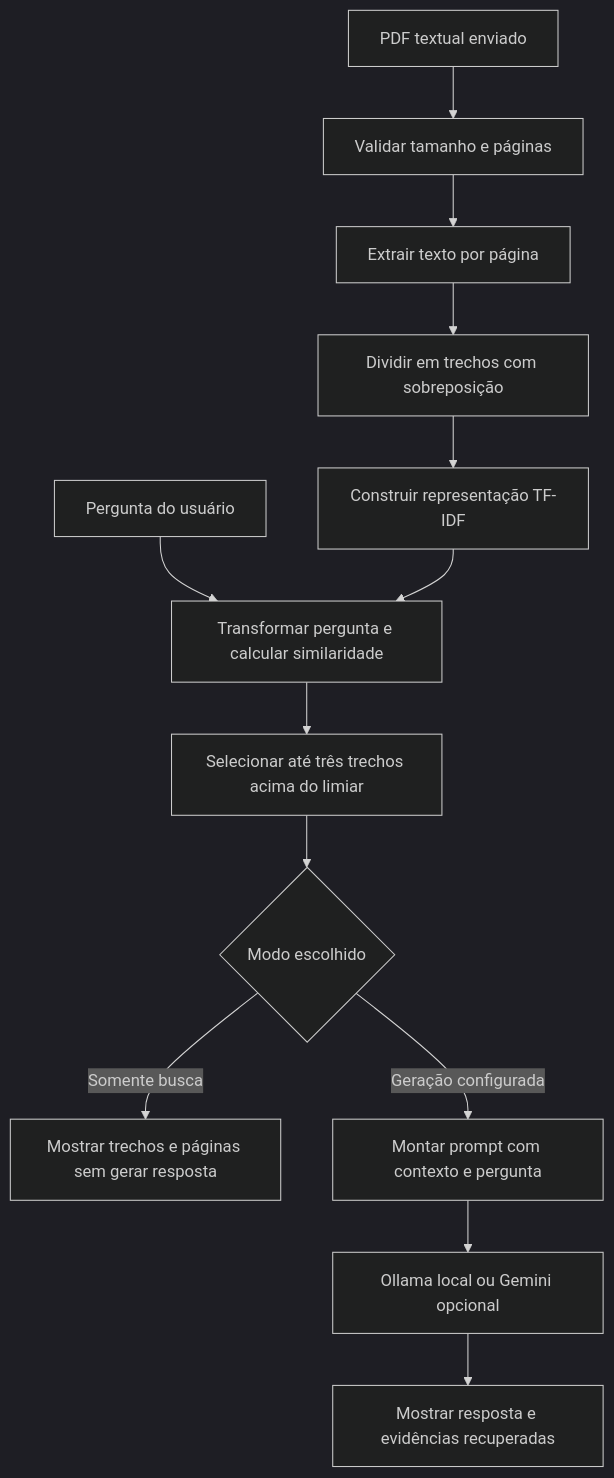
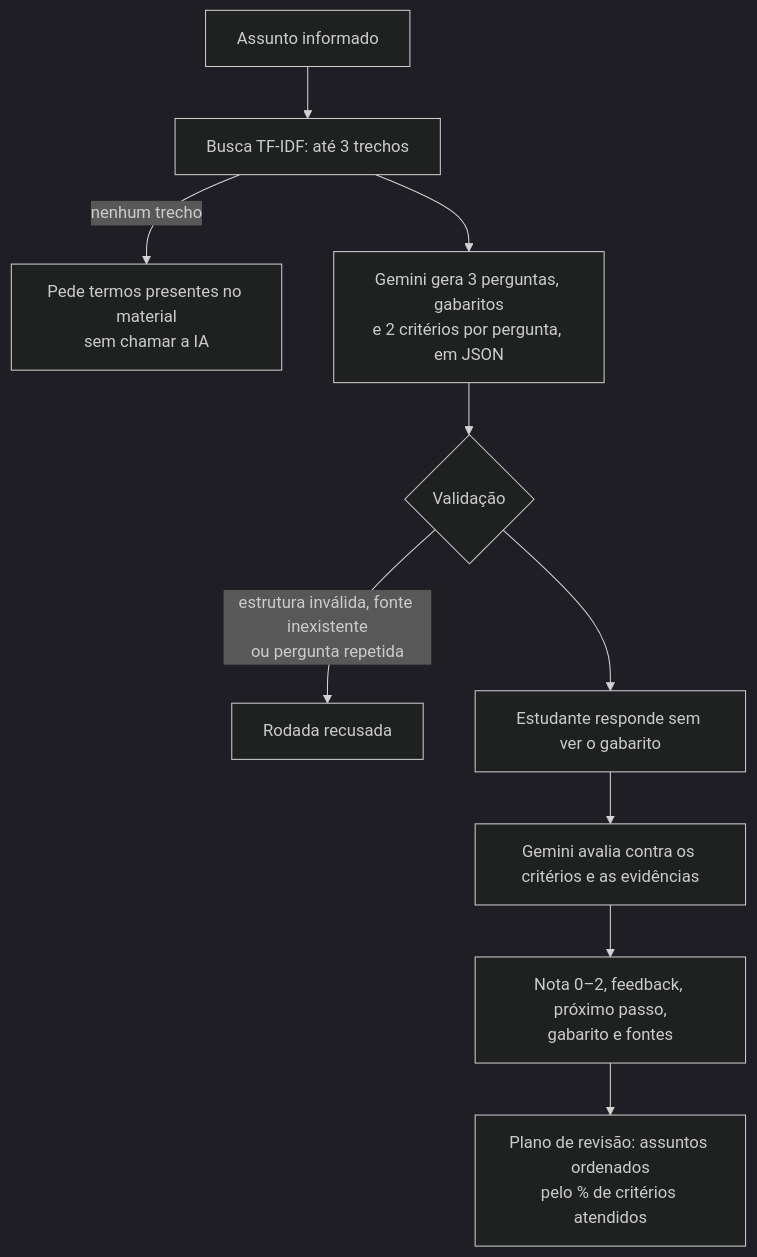
One commit to gustavohleao/alertagolpe changed the second of 3 diagrams in docs/RELATORIO.md. Above: the diagram before and after it, drawn with Mermaid (dark theme). The commit also changed other lines of this file and 20 other files, not shown here.

````diff
--- a/docs/RELATORIO.md
+++ b/docs/RELATORIO.md
@@ -109,15 +161,12 @@
 ```mermaid
 flowchart TD
-    A[PDF textual enviado] --> B[Validar tamanho e páginas]
-    B --> C[Extrair texto por página]
-    C --> D[Dividir em trechos com sobreposição]
-    D --> E[Construir representação TF-IDF]
-    F[Pergunta do usuário] --> G[Transformar pergunta e calcular similaridade]
-    E --> G
-    G --> H[Selecionar até três trechos acima do limiar]
-    H --> I{Modo escolhido}
-    I -->|Somente busca| J[Mostrar trechos e páginas sem gerar resposta]
-    I -->|Geração configurada| K[Montar prompt com contexto e pergunta]
-    K --> L[Ollama local ou Gemini opcional]
-    L --> M[Mostrar resposta e evidências recuperadas]
+    A[Assunto informado] --> B[Busca TF-IDF: até 3 trechos]
+    B -->|nenhum trecho| X[Pede termos presentes no material<br/>sem chamar a IA]
+    B --> C[Gemini gera 3 perguntas, gabaritos<br/>e 2 critérios por pergunta, em JSON]
+    C --> D{Validação}
+    D -->|estrutura inválida, fonte inexistente<br/>ou pergunta repetida| Y[Rodada recusada]
+    D --> E[Estudante responde sem ver o gabarito]
+    E --> F[Gemini avalia contra os critérios e as evidências]
+    F --> G[Nota 0–2, feedback, próximo passo,<br/>gabarito e fontes]
+    G --> H[Plano de revisão: assuntos ordenados<br/>pelo % de critérios atendidos]
 ```
````
